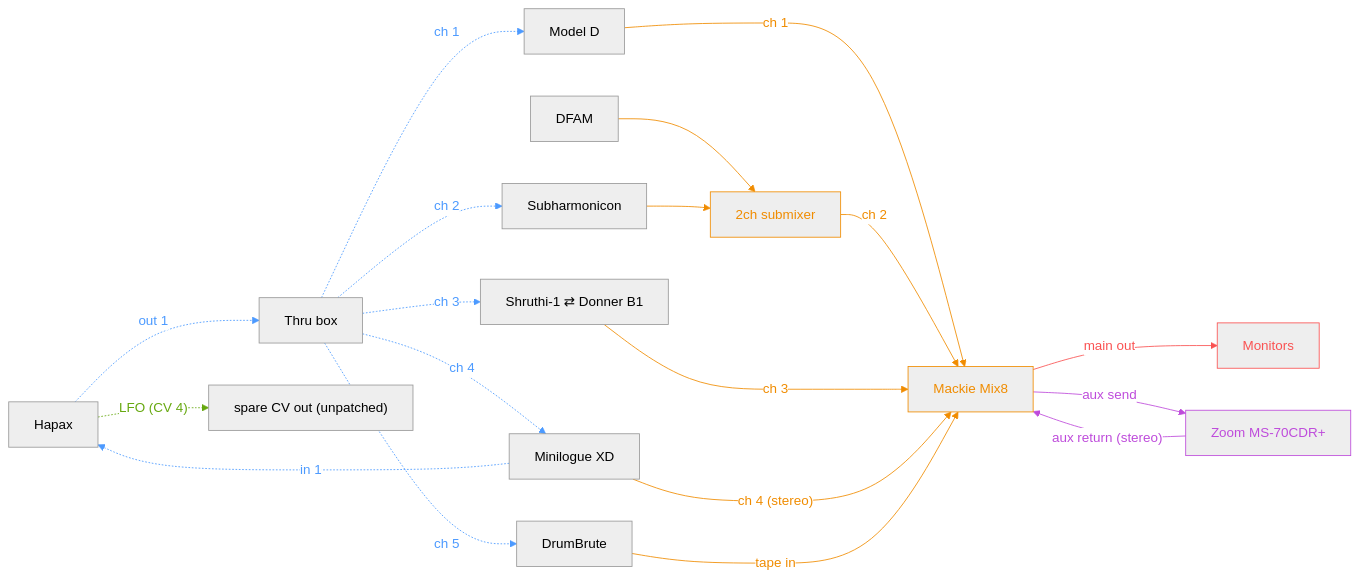
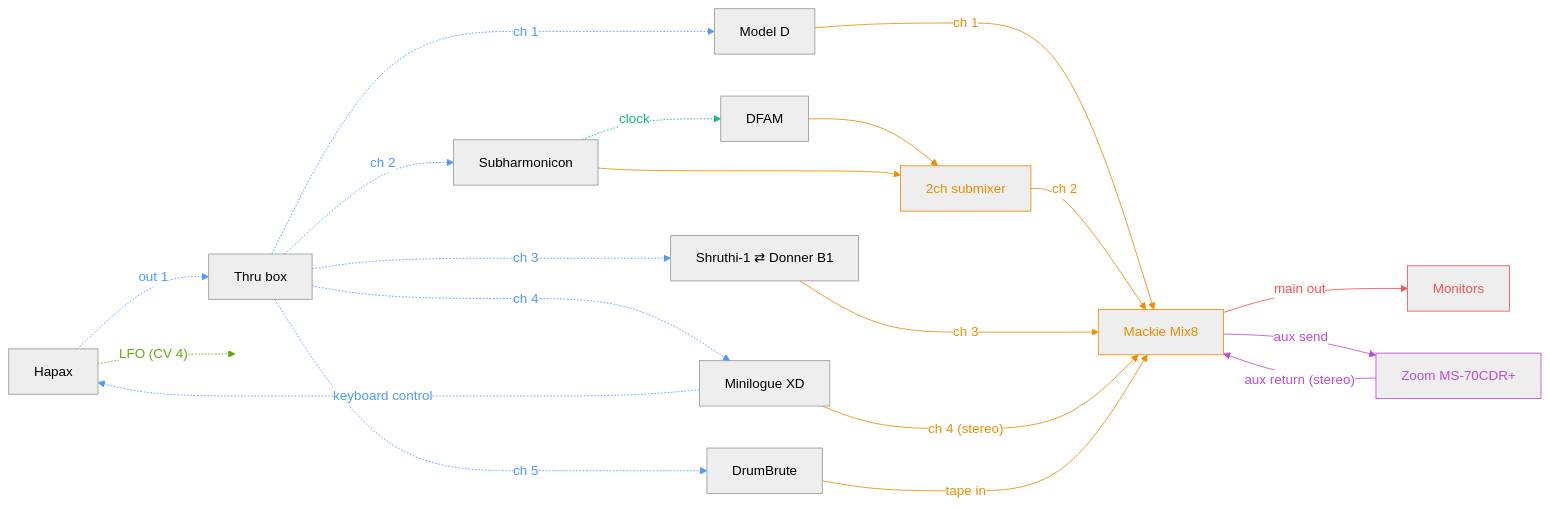
Before and after one commit to saponace/synth-setup: the diagram in README.md, drawn with Mermaid. The commit also changed other lines of this file, not shown here.

First line of the commit message:
Work through todo list: labels, clock arrow, table restructure

````diff
--- a/README.md
+++ b/README.md
@@ -1,71 +1,77 @@
 ```mermaid
 ---
 config:
   theme: neutral
 ---
 flowchart LR
     %% ----- One color per connection group -----
     classDef midi stroke:#4c9aff,color:#4c9aff
+    classDef clock stroke:#12b886,color:#12b886
     classDef cv stroke:#66a80f,color:#66a80f
     classDef mixer stroke:#f08c00,color:#f08c00
     classDef fx stroke:#be4bdb,color:#be4bdb
     classDef monitoring stroke:#fa5252,color:#fa5252
 
     %% ===== Sequencer brain =====
     HAPAX["Hapax"]
     SPLIT["Thru box"]
-    SPARECV["spare CV out (unpatched)"]
+    SPARECV[" "]
+    style SPARECV fill:none,stroke:none
 
     %% ===== Synths =====
     MODELD["Model D"]
     SUBH["Subharmonicon"]
     SWAP["Shruthi-1 ⇄ Donner B1"]
     XD["Minilogue XD"]
     DBI["DrumBrute"]
     DFAM["DFAM"]
 
     %% ===== Mixer / send  =====
     SUBMIX["2ch submixer"]:::mixer
     MIX["Mackie Mix8"]:::mixer
     MON["Monitors"]:::monitoring
     ZOOM["Zoom MS-70CDR+"]:::fx
 
     %% ----- MIDI links -----
     HAPAX midi0@-. "out 1" .-> SPLIT
     SPLIT midi1@-. "ch 1" .-> MODELD
     SPLIT midi5@-. "ch 2" .-> SUBH
     SPLIT midi3@-. "ch 3" .-> SWAP
     SPLIT midi4@-. "ch 4" .-> XD
     SPLIT midi2@-. "ch 5" .-> DBI
-    XD midi6@-. "in 1" .-> HAPAX
+    XD midi6@-. "keyboard control" .-> HAPAX
     class midi0,midi1,midi2,midi3,midi4,midi5,midi6 midi
 
     %% ----- CV links (pitch/mod) -----
     HAPAX cv1@-. "LFO (CV 4)" .-> SPARECV
     class cv1 cv
+
+    %% ----- Clock links -----
+    SUBH clk1@-. "clock" .-> DFAM
+    class clk1 clock
 
     %% ----- Audio links -----
     %% (the ~~~ invisible links anchor each direct-to-mixer synth to
     %% the submixer's rank/column, keeping all six synths aligned since
     %% DFAM/Subharmonicon's longer path via the submixer would otherwise
     %% pull Mackie Mix8 further out and split the column)
     MODELD ~~~ SUBMIX
     DFAM audio1@--> SUBMIX
     MODELD audio3@-- "ch 1" --> MIX
     SUBH audio2@--> SUBMIX
     SUBMIX audio4@-- "ch 2" --> MIX
     SWAP audio5@-- "ch 3" --> MIX
     XD audio6@-- "ch 4 (stereo)" --> MIX
     DBI audio7@-- "tape in" --> MIX
     SWAP ~~~ SUBMIX
     XD ~~~ SUBMIX
     DBI ~~~ SUBMIX
     class audio1,audio2,audio3,audio4,audio5,audio6,audio7 mixer
 
     MIX out@-- "main out" --> MON
     class out monitoring
 
     MIX fxSend@-- "aux send" --> ZOOM
     ZOOM fxReturn@-- "aux return (stereo)" --> MIX
     class fxSend,fxReturn fx
 ```
````
